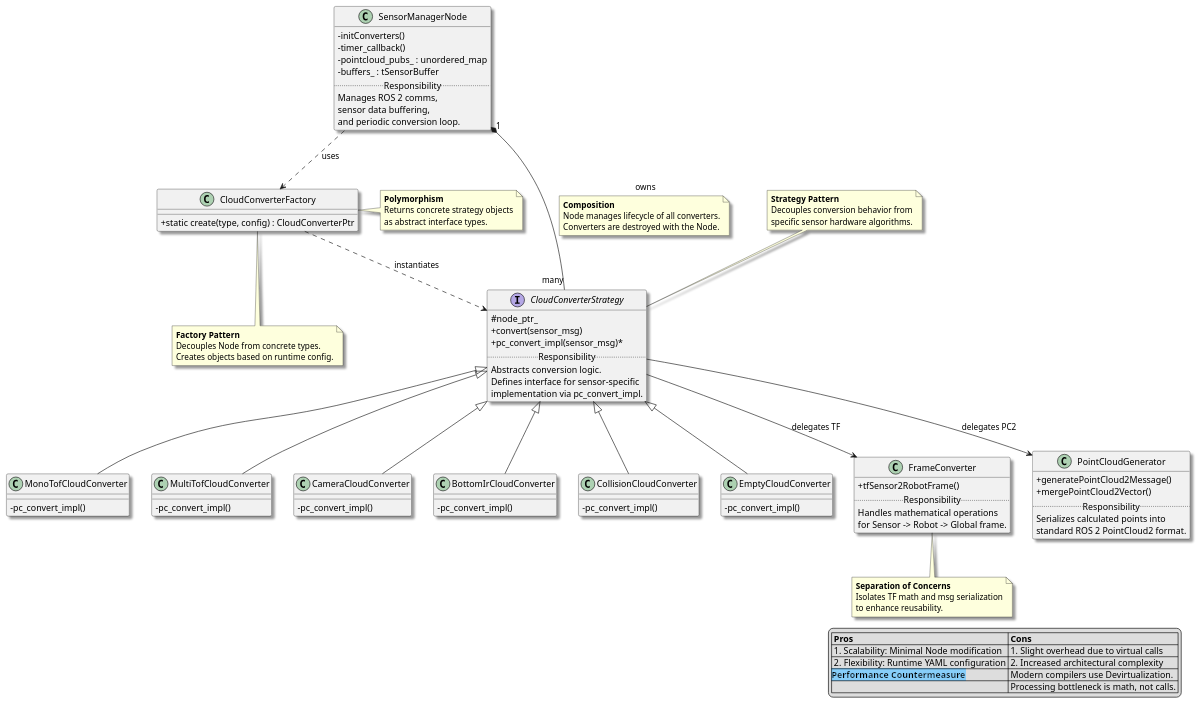
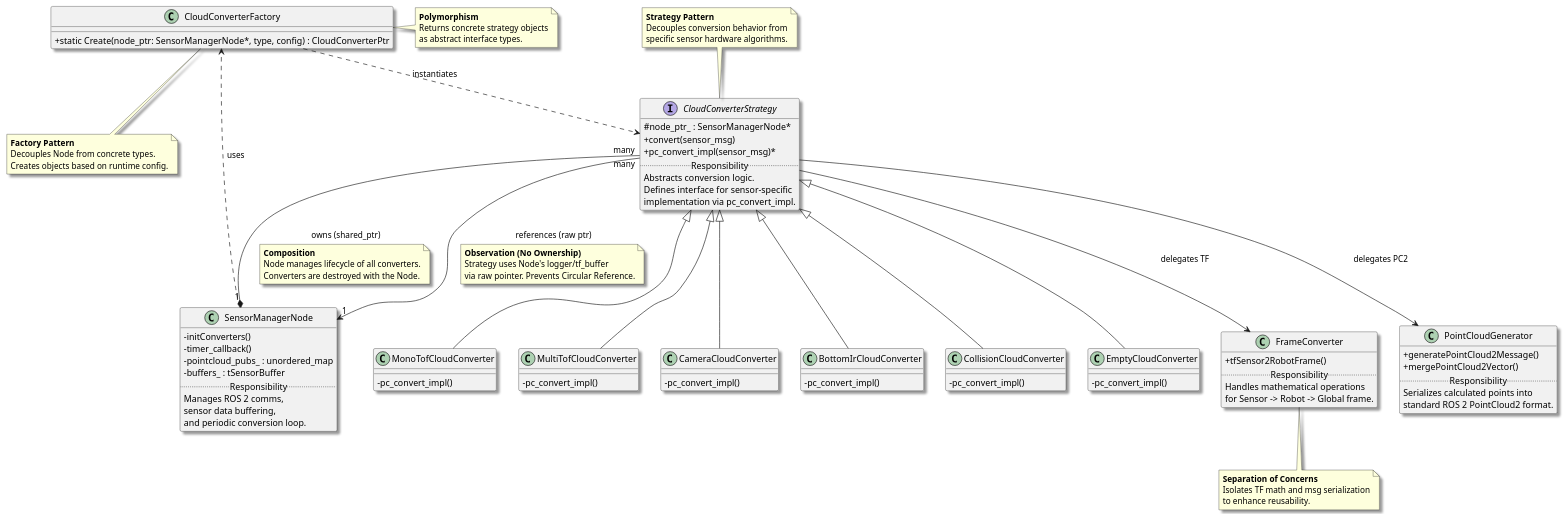
Before and after one commit to Hwan-Yeong/airbot_hyjoe_ws: the diagram in docs/sensor_manager_uml.puml, drawn with PlantUML.

Commit message:
update uml diagram

```diff
--- a/docs/sensor_manager_uml.puml
+++ b/docs/sensor_manager_uml.puml
@@ -1,130 +1,138 @@
 @startuml
 ' --- General Configuration ---
 skinparam classAttributeIconSize 0
 skinparam monochrome false
 skinparam shadowing true
 
 ' --- Class Definitions ---
 
 ' [System Manager & Controller]
 class SensorManagerNode {
     -initConverters()
     -timer_callback()
     -pointcloud_pubs_ : unordered_map
     -buffers_ : tSensorBuffer
     .. Responsibility ..
     Manages ROS 2 comms,
     sensor data buffering,
     and periodic conversion loop.
 }
 
 ' [Object Creation Encapsulation]
 class CloudConverterFactory {
-    +static create(type, config) : CloudConverterPtr
+    +static Create(node_ptr: SensorManagerNode*, type, config) : CloudConverterPtr
 }
 
 ' [Abstraction Interface - Base Class]
 interface CloudConverterStrategy {
-    #node_ptr_
+    #node_ptr_ : SensorManagerNode*
     +convert(sensor_msg)
     +pc_convert_impl(sensor_msg)*
     .. Responsibility ..
     Abstracts conversion logic.
     Defines interface for sensor-specific
     implementation via pc_convert_impl.
 }
 
 class MonoTofCloudConverter {
     -pc_convert_impl()
 }
 class MultiTofCloudConverter {
     -pc_convert_impl()
 }
 class CameraCloudConverter {
     -pc_convert_impl()
 }
 class BottomIrCloudConverter {
     -pc_convert_impl()
 }
 class CollisionCloudConverter {
     -pc_convert_impl()
 }
 class EmptyCloudConverter {
     -pc_convert_impl()
 }
 
 ' [Spatial Transformation Utility]
 class FrameConverter {
     +tfSensor2RobotFrame()
     .. Responsibility ..
     Handles mathematical operations
     for Sensor -> Robot -> Global frame.
 }
 
 ' [Message Builder & Serializer]
 class PointCloudGenerator {
     +generatePointCloud2Message()
     +mergePointCloud2Vector()
     .. Responsibility ..
     Serializes calculated points into
     standard ROS 2 PointCloud2 format.
 }
 
 ' --- Relationships & Notes ---
 
 ' [1] Dependency: Separation of creation responsibility
 SensorManagerNode ..> CloudConverterFactory : uses
 note bottom of CloudConverterFactory
   **Factory Pattern**
   Decouples Node from concrete types.
   Creates objects based on runtime config.
 end note
 
-' [2] Composition: Lifecycle management
-SensorManagerNode "1" *-- "many" CloudConverterStrategy : owns
+' [2] Composition: Lifecycle management (Node -> Strategy)
+SensorManagerNode "1" *-- "many" CloudConverterStrategy : owns (shared_ptr)
 note on link
   **Composition**
   Node manages lifecycle of all converters.
   Converters are destroyed with the Node.
+end note
+
+' [2-1] Association: Observation (Strategy -> Node)
+CloudConverterStrategy "many" --> "1" SensorManagerNode : references (raw ptr)
+note on link
+  **Observation (No Ownership)**
+  Strategy uses Node's logger/tf_buffer
+  via raw pointer. Prevents Circular Reference.
 end note
 
 ' [3] Creation: Dynamic polymorphism
 CloudConverterFactory ..> CloudConverterStrategy : instantiates
 note right of CloudConverterFactory
   **Polymorphism**
   Returns concrete strategy objects
   as abstract interface types.
 end note
 
 ' [4] Inheritance: Strategy Pattern implementation
 CloudConverterStrategy <|-- MonoTofCloudConverter
 CloudConverterStrategy <|-- MultiTofCloudConverter
 CloudConverterStrategy <|-- CameraCloudConverter
 CloudConverterStrategy <|-- BottomIrCloudConverter
 CloudConverterStrategy <|-- CollisionCloudConverter
 CloudConverterStrategy <|-- EmptyCloudConverter
 note top of CloudConverterStrategy
   **Strategy Pattern**
   Decouples conversion behavior from
   specific sensor hardware algorithms.
 end note
 
 ' [5] Association: Delegation of utility functions
 CloudConverterStrategy --> FrameConverter : delegates TF
 CloudConverterStrategy --> PointCloudGenerator : delegates PC2
 note bottom of FrameConverter
   **Separation of Concerns**
   Isolates TF math and msg serialization
   to enhance reusability.
 end note
 
 ' --- Summary of Pros & Cons (Technical Assessment) ---
-legend right
-  |= Pros |= Cons |
-  | 1. Scalability: Minimal Node modification | 1. Slight overhead due to virtual calls |
-  | 2. Flexibility: Runtime YAML configuration | 2. Increased architectural complexity |
-  |<back:lightskyblue>**Performance Countermeasure**</back>| Modern compilers use Devirtualization. |
-  | | Processing bottleneck is math, not calls. |
-end legend
+' legend right
+'   |= Pros |= Cons |
+'   | 1. Scalability: Minimal Node modification | 1. Slight overhead due to virtual calls |
+'   | 2. Flexibility: Runtime YAML configuration | 2. Increased architectural complexity |
+'   |<back:lightskyblue>**Performance Countermeasure**</back>| Modern compilers use Devirtualization. |
+'   | | Processing bottleneck is math, not calls. |
+' end legend
 
-@endum
+@enduml
```
